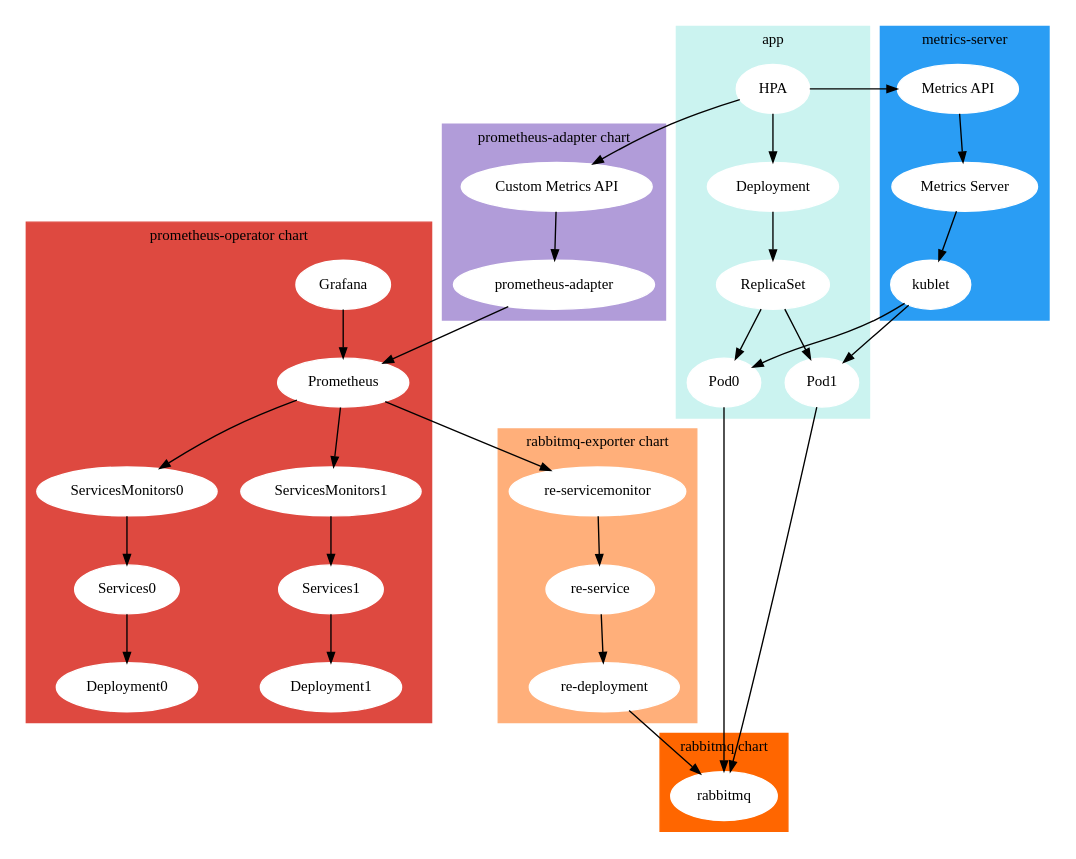
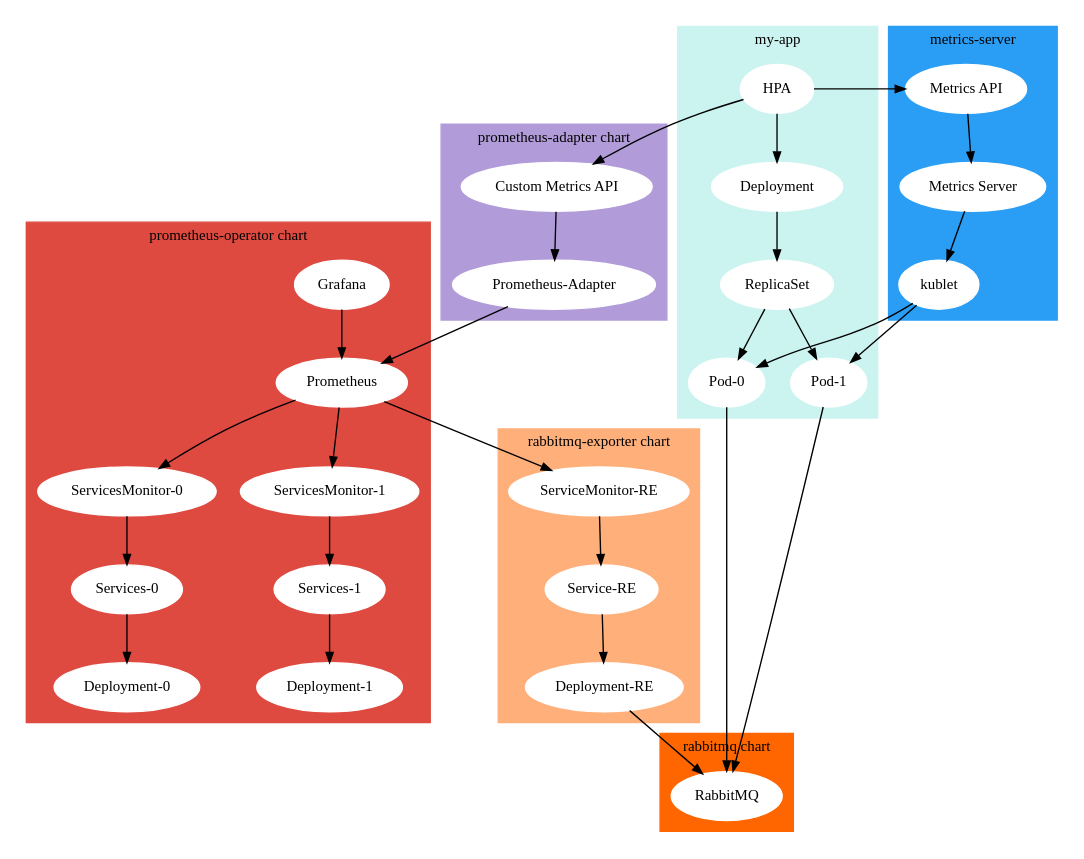
One commit to IvanWoo/k8s-hpa changed the diagram in imgs/overview.gv. Above: the diagram before and after it, drawn with Graphviz. The commit also changed 1 other file, not shown here.

```diff
--- a/imgs/overview.gv
+++ b/imgs/overview.gv
@@ -1,77 +1,77 @@
 digraph K8sHpa {
-	// rankdir="LR";
+    // rankdir="LR";
     fontname="DIN Alternate";
     fontsize="11";
     // fontcolor="gray";
     node[style="filled", fontname="DIN Alternate", fontsize="11"];
     edge[arrowsize="0.75", fontname="DIN Alternate", fontsize="9"];
 
-	subgraph cluster_0 {
-		style=filled;
-		color="#cbf3f0";
-		node [style=filled,color=white];
-		Deployment, ReplicaSet, Pod0, Pod1, HPA
-		label = "app";
-	}
+    subgraph cluster_0 {
+        style=filled;
+        color="#cbf3f0";
+        node [style=filled,color=white];
+        Deployment, ReplicaSet, "Pod-0", "Pod-1", HPA
+        label = "my-app";
+    }
 
-	subgraph cluster_1 {
-		style=filled;
-		color="#de4940";
-		node [style=filled,color=white];
-		Prometheus
-		Grafana
-        ServicesMonitors0, ServicesMonitors1
-        Services0, Deployment0
-        Services1, Deployment1
-		label = "prometheus-operator chart";
-	}
+    subgraph cluster_1 {
+        style=filled;
+        color="#de4940";
+        node [style=filled,color=white];
+        Prometheus
+        Grafana
+        "ServicesMonitor-0", "ServicesMonitor-1"
+        "Services-0", "Deployment-0"
+        "Services-1", "Deployment-1"
+        label = "prometheus-operator chart";
+    }
 
-	subgraph cluster_2 {
-		style=filled;
-		color="#b19cd9";
-		node [style=filled,color=white];
-		"Custom Metrics API"
-        "prometheus-adapter"
-		label = "prometheus-adapter chart";
-	}
+    subgraph cluster_2 {
+        style=filled;
+        color="#b19cd9";
+        node [style=filled,color=white];
+        "Custom Metrics API"
+        "Prometheus-Adapter"
+        label = "prometheus-adapter chart";
+    }
 
     subgraph cluster_3 {
-		style=filled;
-		color="#ffaf7a";
-		node [style=filled,color=white];
-        "re-deployment"
-        "re-service"
-        "re-servicemonitor"
-		label = "rabbitmq-exporter chart";
-	}
+        style=filled;
+        color="#ffaf7a";
+        node [style=filled,color=white];
+        "Deployment-RE"
+        "Service-RE"
+        "ServiceMonitor-RE"
+        label = "rabbitmq-exporter chart";
+    }
 
     subgraph cluster_4 {
-		style=filled;
-		color="#ff6600";
-		node [style=filled,color=white];
-        rabbitmq
-		label = "rabbitmq chart";
-	}
+        style=filled;
+        color="#ff6600";
+        node [style=filled,color=white];
+        RabbitMQ
+        label = "rabbitmq chart";
+    }
 
     subgraph cluster_5 {
-		style=filled;
-		color="#2a9df4";
-		node [style=filled,color=white];
+        style=filled;
+        color="#2a9df4";
+        node [style=filled,color=white];
         "Metrics API"
         "Metrics Server"
         kublet
-		label = "metrics-server";
-	}
+        label = "metrics-server";
+    }
 
-    HPA -> Deployment -> ReplicaSet -> {Pod0, Pod1}
+    HPA -> Deployment -> ReplicaSet -> {"Pod-0", "Pod-1"}
     HPA -> "Metrics API" -> "Metrics Server" -> "kublet"
-    HPA -> "Custom Metrics API" -> "prometheus-adapter" -> Prometheus -> {ServicesMonitors0, ServicesMonitors1}
-    ServicesMonitors0 -> Services0 -> Deployment0
-    ServicesMonitors1 -> Services1 -> Deployment1
+    HPA -> "Custom Metrics API" -> "Prometheus-Adapter" -> Prometheus -> {"ServicesMonitor-0", "ServicesMonitor-1"}
+    "ServicesMonitor-0" -> "Services-0" -> "Deployment-0"
+    "ServicesMonitor-1" -> "Services-1" -> "Deployment-1"
     Grafana -> Prometheus
 
-    Prometheus -> "re-servicemonitor" -> "re-service" -> "re-deployment" -> rabbitmq
+    Prometheus -> "ServiceMonitor-RE" -> "Service-RE" -> "Deployment-RE" -> RabbitMQ
 
-    kublet -> {Pod0, Pod1}
-    {Pod0, Pod1} -> rabbitmq
+    kublet -> {"Pod-0", "Pod-1"}
+    {"Pod-0", "Pod-1"} -> RabbitMQ
 }
```
